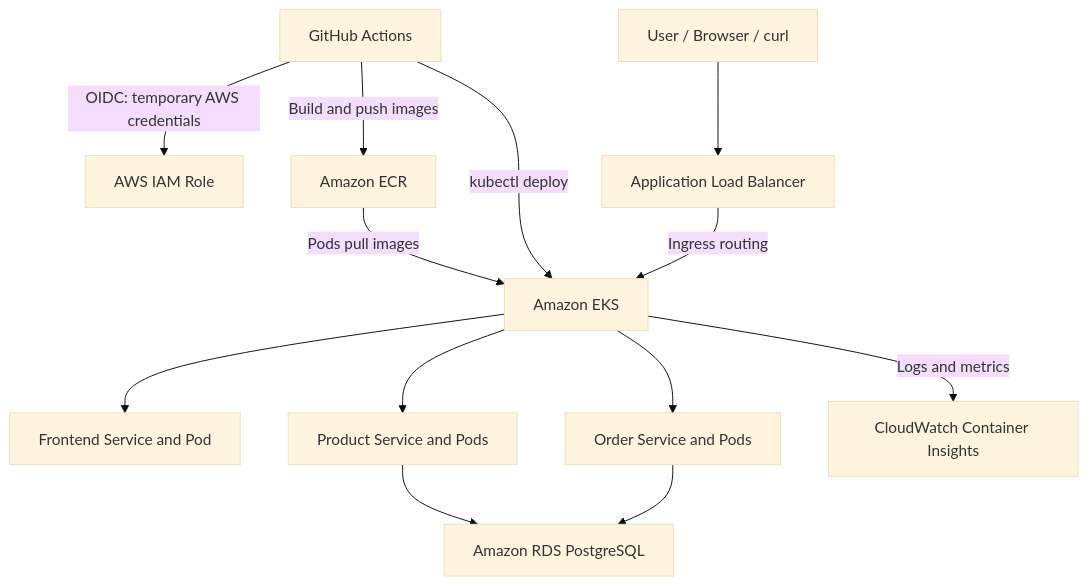
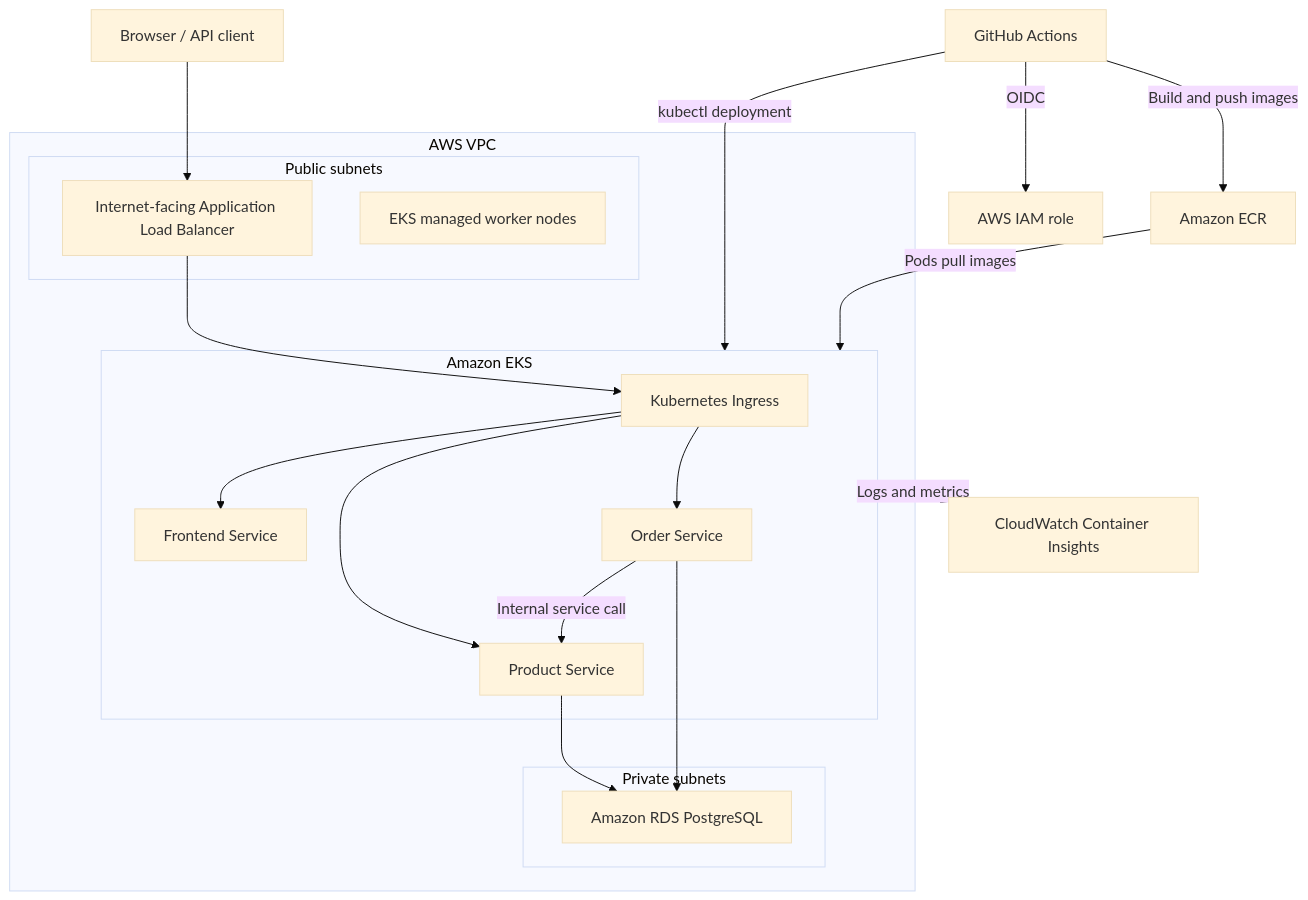
Before and after one commit to vijaykkashyap1711a/ecommerce: the diagram in README.md, drawn with Mermaid (base theme). The commit also changed other lines of this file and 6 other files, not shown here.

````diff
--- a/README.md
+++ b/README.md
@@ -15,20 +15,32 @@
 ```mermaid
 flowchart TD
-    User["User / Browser / curl"] --> ALB["Application Load Balancer"]
+    User["Browser / API client"] --> ALB["Internet-facing Application Load Balancer"]
+    ALB --> Ingress["Kubernetes Ingress"]
 
-    GitHub["GitHub Actions"] -->|"OIDC: temporary AWS credentials"| IAM["AWS IAM Role"]
+    subgraph VPC["AWS VPC"]
+        subgraph Public["Public subnets"]
+            ALB
+            Nodes["EKS managed worker nodes"]
+        end
+
+        subgraph EKS["Amazon EKS"]
+            Ingress --> Frontend["Frontend Service"]
+            Ingress --> Product["Product Service"]
+            Ingress --> Order["Order Service"]
+            Order -->|"Internal service call"| Product
+        end
+
+        subgraph Private["Private subnets"]
+            RDS["Amazon RDS PostgreSQL"]
+        end
+
+        Product --> RDS
+        Order --> RDS
+    end
+
+    GitHub["GitHub Actions"] -->|"OIDC"| IAM["AWS IAM role"]
     GitHub -->|"Build and push images"| ECR["Amazon ECR"]
-    GitHub -->|"kubectl deploy"| EKS
-
-    ALB -->|"Ingress routing"| EKS["Amazon EKS"]
+    GitHub -->|"kubectl deployment"| EKS
     ECR -->|"Pods pull images"| EKS
-
-    EKS --> Frontend["Frontend Service and Pod"]
-    EKS --> Product["Product Service and Pods"]
-    EKS --> Order["Order Service and Pods"]
-
-    Product --> RDS["Amazon RDS PostgreSQL"]
-    Order --> RDS
-
-    EKS -->|"Logs and metrics"| CW["CloudWatch Container Insights"]
+    EKS -->|"Logs and metrics"| CloudWatch["CloudWatch Container Insights"]
 ```
````
